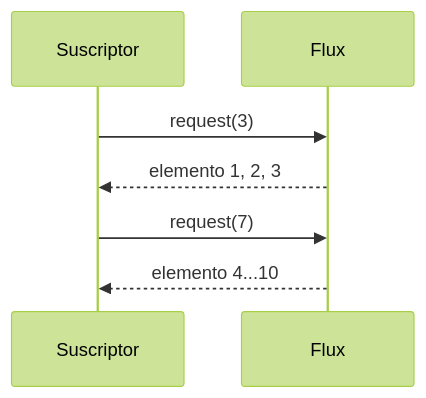
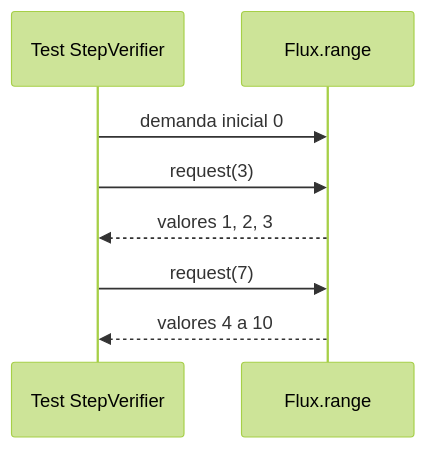
The first of 4 diagrams in web/public/content/spring-boot/modulo-15.md (NICORUIZ93/The_Imperial_Book), drawn with Mermaid (forest theme) before and after one commit. The commit also changed other lines of this file and 14 other files, not shown here.

````diff
--- a/web/public/content/spring-boot/modulo-15.md
+++ b/web/public/content/spring-boot/modulo-15.md
@@ -30,9 +21,10 @@
 ```mermaid
 sequenceDiagram
-  participant S as Suscriptor
-  participant F as Flux
-  S->>F: request(3)
-  F-->>S: elemento 1, 2, 3
-  S->>F: request(7)
-  F-->>S: elemento 4...10
+  participant T as Test StepVerifier
+  participant F as Flux.range
+  T->>F: demanda inicial 0
+  T->>F: request(3)
+  F-->>T: valores 1, 2, 3
+  T->>F: request(7)
+  F-->>T: valores 4 a 10
 ```
````
